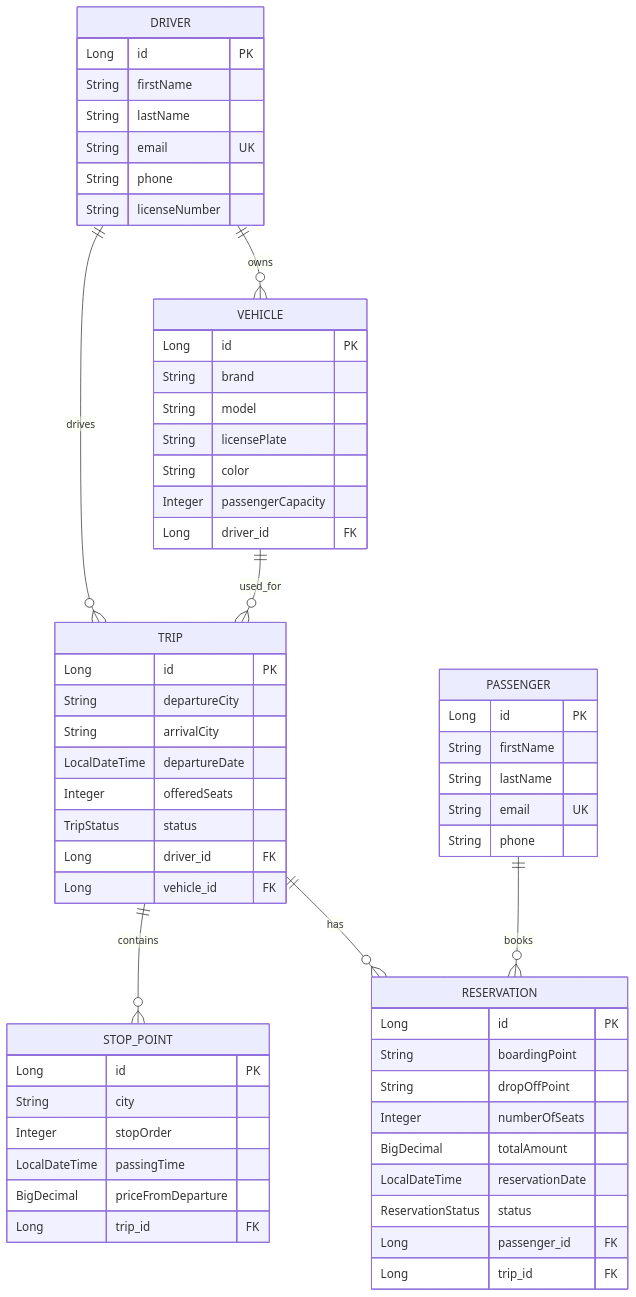
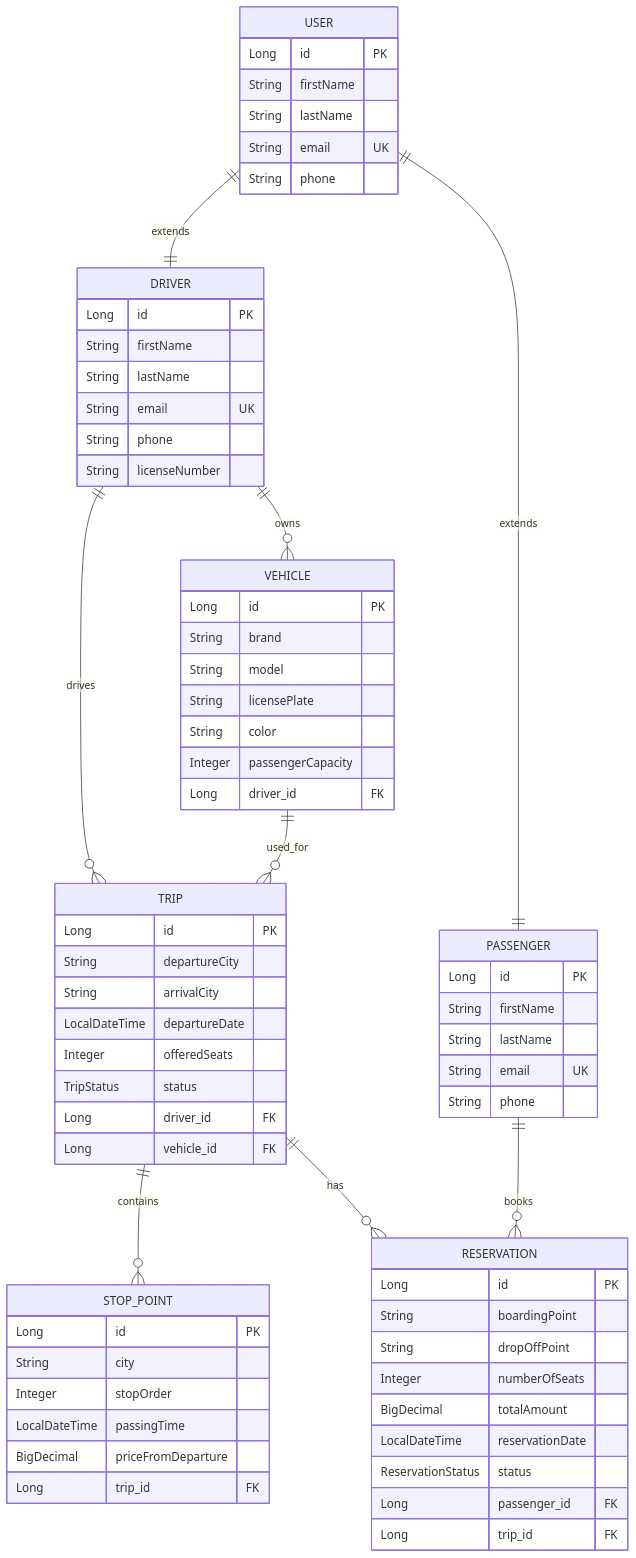
Before and after one commit to kara7z/covoiturage: the diagram in README.md, drawn with Mermaid. The commit also changed other lines of this file, not shown here.

Commit message:
docs(readme): add User to the data model diagram
Show USER in the main ER diagram with its inheritance links to
Driver and Passenger, and note that the @MappedSuperclass creates
no table of its own.

````diff
--- a/README.md
+++ b/README.md
@@ -138,68 +138,78 @@
 ```mermaid
 erDiagram
+    USER ||--|| DRIVER : extends
+    USER ||--|| PASSENGER : extends
     DRIVER ||--o{ VEHICLE : owns
     DRIVER ||--o{ TRIP : drives
     VEHICLE ||--o{ TRIP : used_for
     TRIP ||--o{ STOP_POINT : contains
     TRIP ||--o{ RESERVATION : has
     PASSENGER ||--o{ RESERVATION : books
+
+    USER {
+        Long id PK
+        String firstName
+        String lastName
+        String email UK
+        String phone
+    }
 
     DRIVER {
         Long id PK
         String firstName
         String lastName
         String email UK
         String phone
         String licenseNumber
     }
 
     PASSENGER {
         Long id PK
         String firstName
         String lastName
         String email UK
         String phone
     }
 
     VEHICLE {
         Long id PK
         String brand
         String model
         String licensePlate
         String color
         Integer passengerCapacity
         Long driver_id FK
     }
 
     TRIP {
         Long id PK
         String departureCity
         String arrivalCity
         LocalDateTime departureDate
         Integer offeredSeats
         TripStatus status
         Long driver_id FK
         Long vehicle_id FK
     }
 
     STOP_POINT {
         Long id PK
         String city
         Integer stopOrder
         LocalDateTime passingTime
         BigDecimal priceFromDeparture
         Long trip_id FK
     }
 
     RESERVATION {
         Long id PK
         String boardingPoint
         String dropOffPoint
         Integer numberOfSeats
         BigDecimal totalAmount
         LocalDateTime reservationDate
         ReservationStatus status
         Long passenger_id FK
         Long trip_id FK
     }
 ```
````
